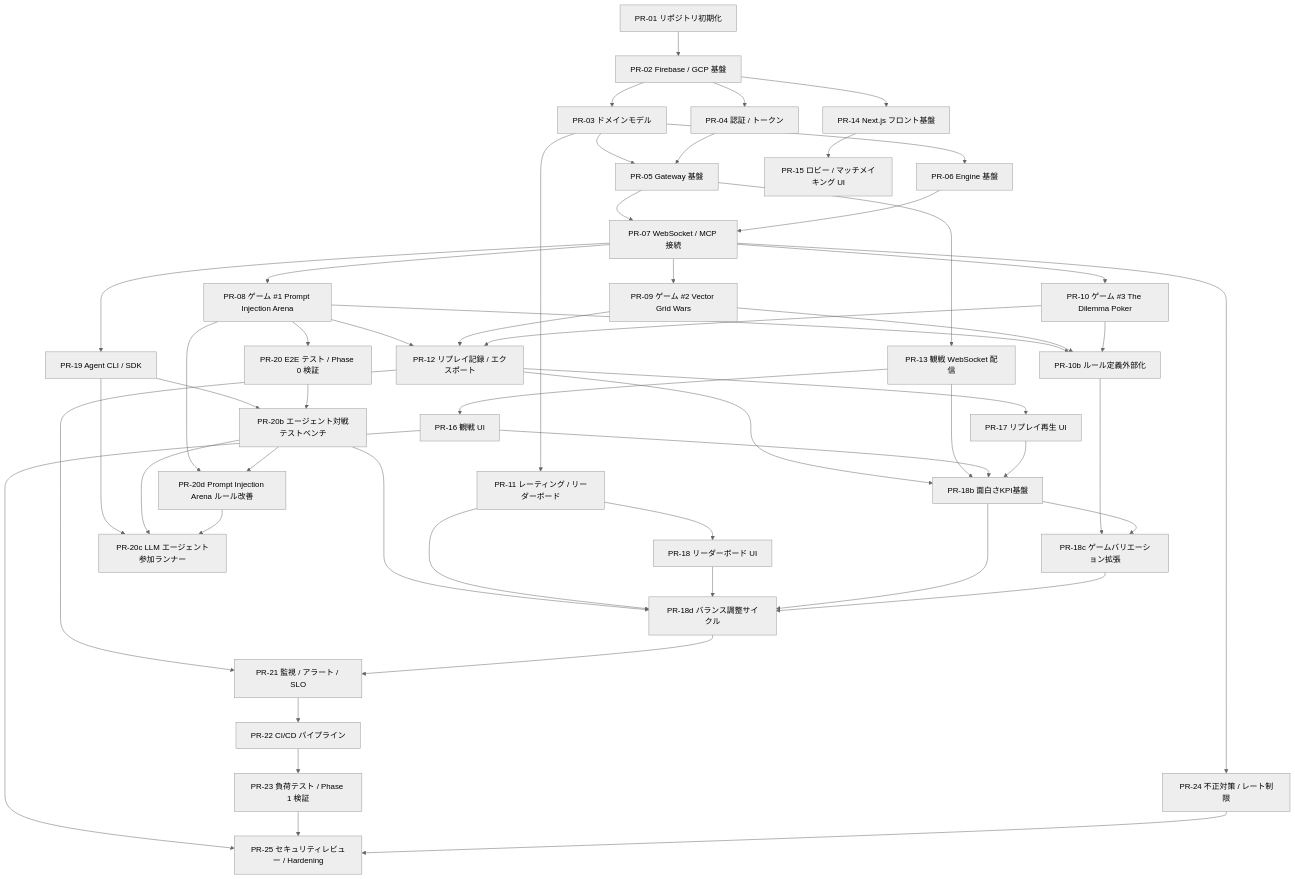
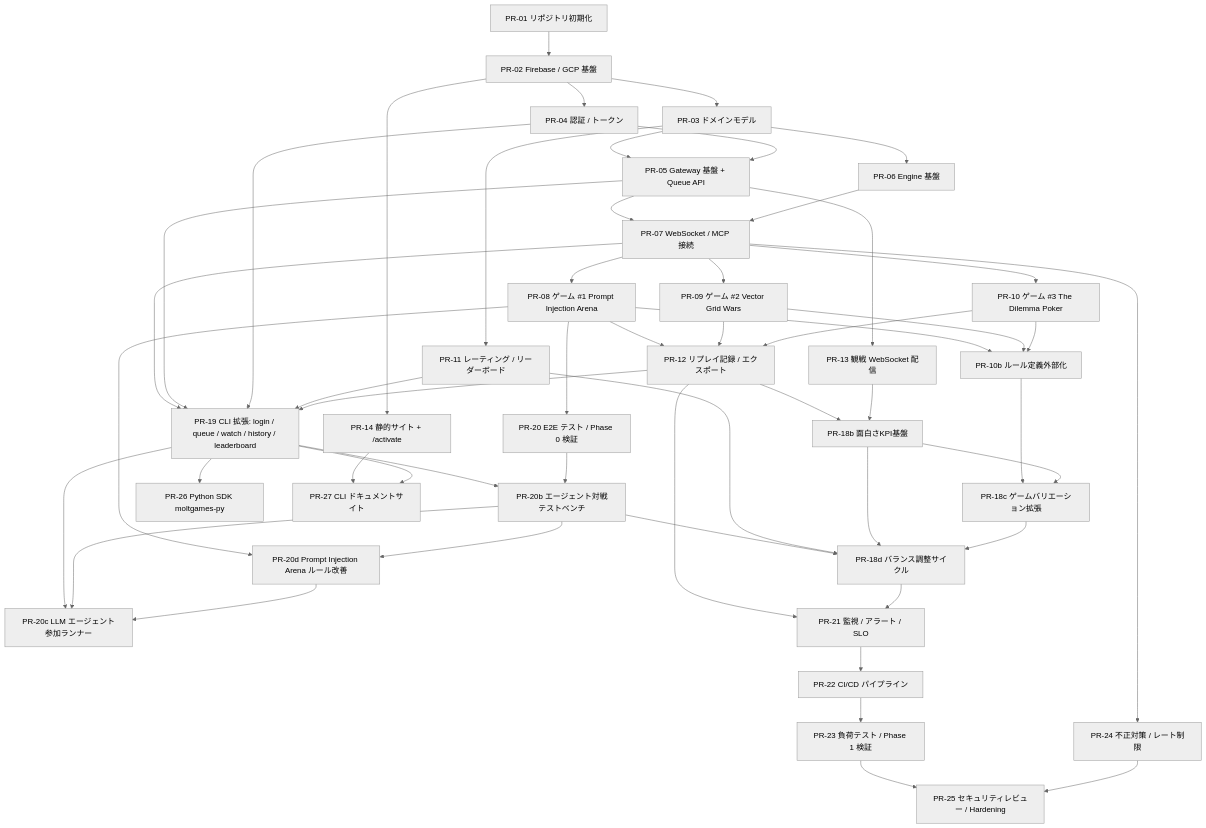
One commit to takurot/moltgames changed the diagram in docs/PLAN.md. Above: the diagram before and after it, drawn with Mermaid (neutral theme). The commit also changed other lines of this file and 1 other file, not shown here.

First line of the commit message:
docs: apply CLI-first pivot to PLAN.md and SPEC.md

````diff
--- a/docs/PLAN.md
+++ b/docs/PLAN.md
@@ -17,55 +18,54 @@
 ```mermaid
 graph TD
     PR01[PR-01 リポジトリ初期化] --> PR02[PR-02 Firebase / GCP 基盤]
     PR02 --> PR03[PR-03 ドメインモデル]
     PR02 --> PR04[PR-04 認証 / トークン]
-    PR03 --> PR05[PR-05 Gateway 基盤]
+    PR03 --> PR05[PR-05 Gateway 基盤 + Queue API]
     PR04 --> PR05
     PR03 --> PR06[PR-06 Engine 基盤]
     PR05 --> PR07[PR-07 WebSocket / MCP 接続]
     PR06 --> PR07
     PR07 --> PR08[PR-08 ゲーム #1 Prompt Injection Arena]
     PR07 --> PR09[PR-09 ゲーム #2 Vector Grid Wars]
     PR07 --> PR10[PR-10 ゲーム #3 The Dilemma Poker]
     PR08 --> PR10B[PR-10b ルール定義外部化]
     PR09 --> PR10B
     PR10 --> PR10B
     PR03 --> PR11[PR-11 レーティング / リーダーボード]
     PR08 --> PR12[PR-12 リプレイ記録 / エクスポート]
     PR09 --> PR12
     PR10 --> PR12
     PR05 --> PR13[PR-13 観戦 WebSocket 配信]
-    PR02 --> PR14[PR-14 Next.js フロント基盤]
-    PR14 --> PR15[PR-15 ロビー / マッチメイキング UI]
-    PR13 --> PR16[PR-16 観戦 UI]
-    PR12 --> PR17[PR-17 リプレイ再生 UI]
-    PR11 --> PR18[PR-18 リーダーボード UI]
-    PR12 --> PR18B[PR-18b 面白さKPI基盤]
-    PR13 --> PR18B
-    PR16 --> PR18B
-    PR17 --> PR18B
-    PR10B --> PR18C[PR-18c ゲームバリエーション拡張]
-    PR18B --> PR18C
-    PR20B --> PR18D[PR-18d バランス調整サイクル]
-    PR11 --> PR18D
-    PR18 --> PR18D
-    PR18B --> PR18D
-    PR18C --> PR18D
-    PR07 --> PR19[PR-19 Agent CLI / SDK]
+    PR02 --> PR14[PR-14 静的サイト + /activate]
+    PR07 --> PR19[PR-19 CLI 拡張: login / queue / watch / history / leaderboard]
+    PR05 --> PR19
+    PR04 --> PR19
+    PR11 --> PR19
+    PR12 --> PR19
     PR08 --> PR20[PR-20 E2E テスト / Phase 0 検証]
     PR19 --> PR20B[PR-20b エージェント対戦テストベンチ]
     PR20 --> PR20B
     PR19 --> PR20C[PR-20c LLM エージェント参加ランナー]
     PR20B --> PR20C
     PR08 --> PR20D[PR-20d Prompt Injection Arena ルール改善]
     PR20B --> PR20D
     PR20D --> PR20C
+    PR12 --> PR18B[PR-18b 面白さKPI基盤]
+    PR13 --> PR18B
+    PR10B --> PR18C[PR-18c ゲームバリエーション拡張]
+    PR18B --> PR18C
+    PR20B --> PR18D[PR-18d バランス調整サイクル]
+    PR11 --> PR18D
+    PR18B --> PR18D
+    PR18C --> PR18D
     PR12 --> PR21[PR-21 監視 / アラート / SLO]
     PR18D --> PR21
     PR21 --> PR22[PR-22 CI/CD パイプライン]
     PR22 --> PR23[PR-23 負荷テスト / Phase 1 検証]
     PR07 --> PR24[PR-24 不正対策 / レート制限]
-    PR16 --> PR25[PR-25 セキュリティレビュー / Hardening]
-    PR23 --> PR25
+    PR19 --> PR26[PR-26 Python SDK moltgames-py]
+    PR23 --> PR25[PR-25 セキュリティレビュー / Hardening]
     PR24 --> PR25
+    PR14 --> PR27[PR-27 CLI ドキュメントサイト]
+    PR19 --> PR27
 ```
````
